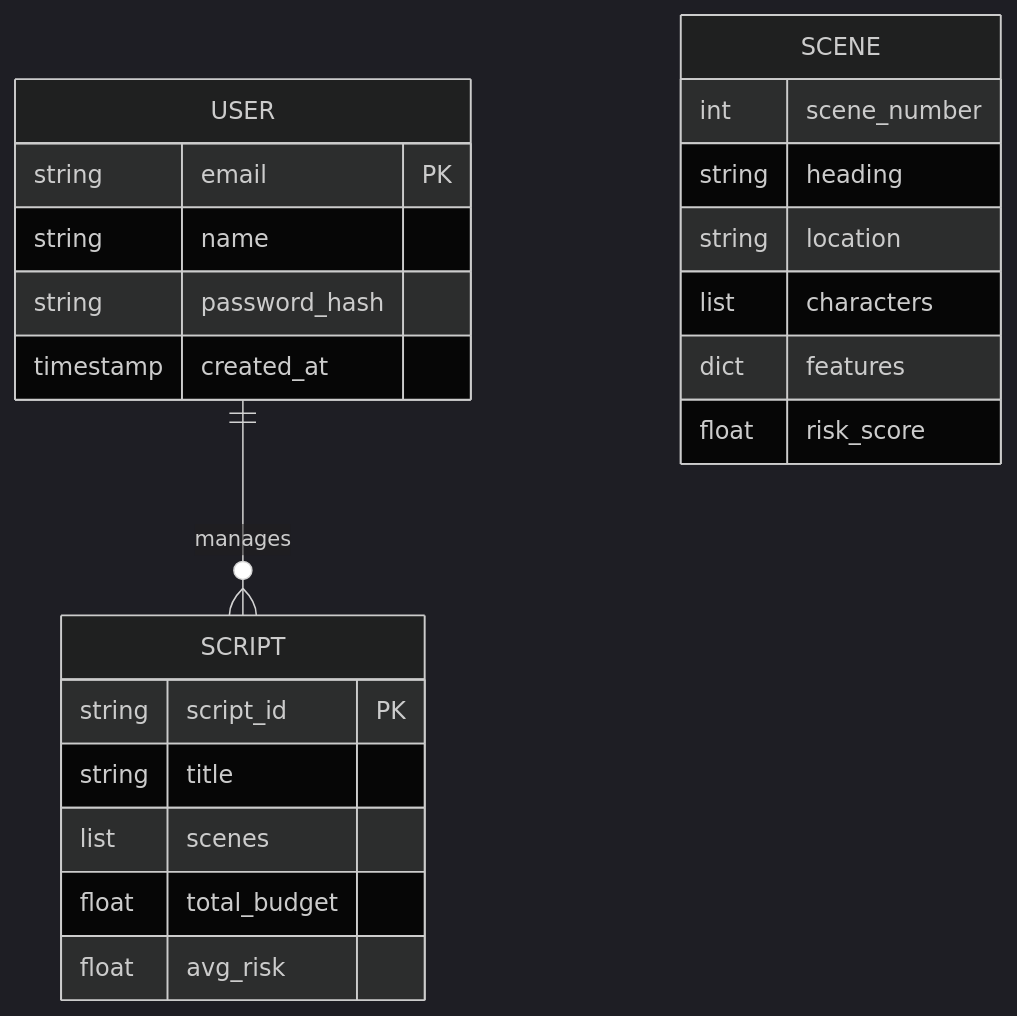
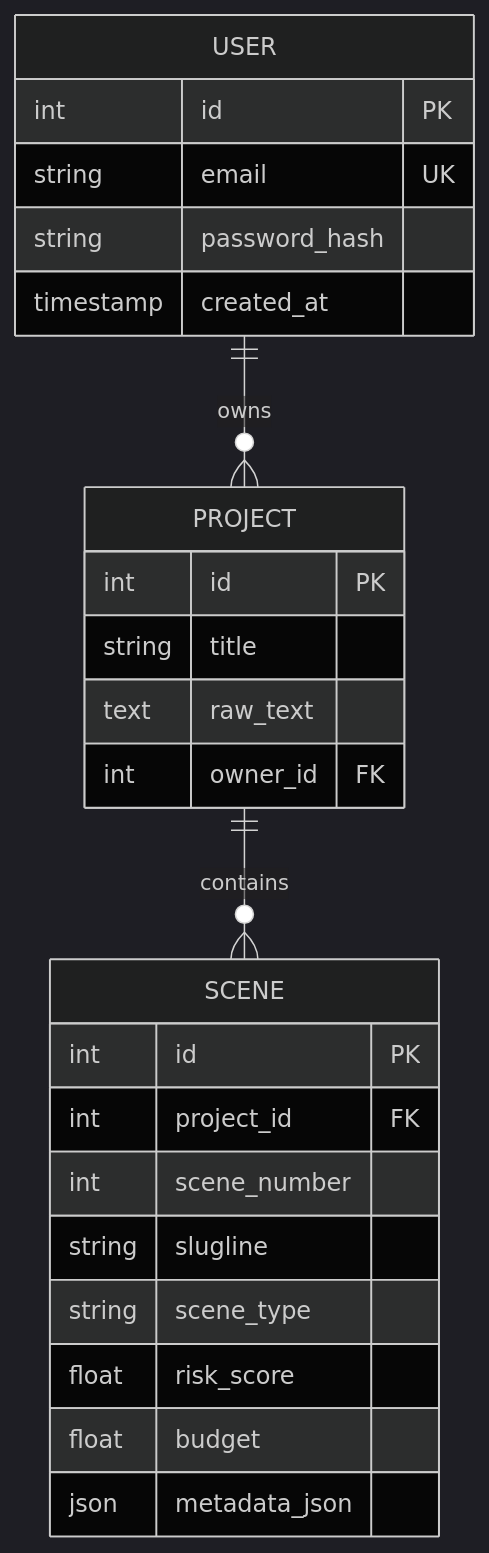
One commit to bipasha-11/ScriptOps changed the diagram in README.md. Above: the diagram before and after it, drawn with Mermaid (dark theme). The commit also changed other lines of this file, not shown here.

Commit message:
docs: update README with PostgreSQL architecture and export features

````diff
--- a/README.md
+++ b/README.md
@@ -64,25 +65,27 @@
 ```mermaid
 erDiagram
-    USER ||--o{ SCRIPT : "manages"
+    USER ||--o{ PROJECT : "owns"
+    PROJECT ||--o{ SCENE : "contains"
     USER {
-        string email PK
-        string name
+        int id PK
+        string email UK
         string password_hash
         timestamp created_at
     }
-    SCRIPT {
-        string script_id PK
+    PROJECT {
+        int id PK
         string title
-        list scenes
-        float total_budget
-        float avg_risk
+        text raw_text
+        int owner_id FK
     }
     SCENE {
+        int id PK
+        int project_id FK
         int scene_number
-        string heading
-        string location
-        list characters
-        dict features
+        string slugline
+        string scene_type
         float risk_score
+        float budget
+        json metadata_json
     }
 ```
````
